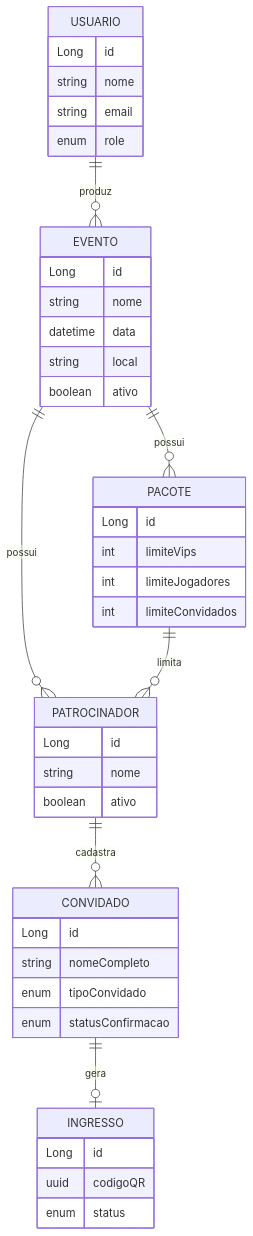
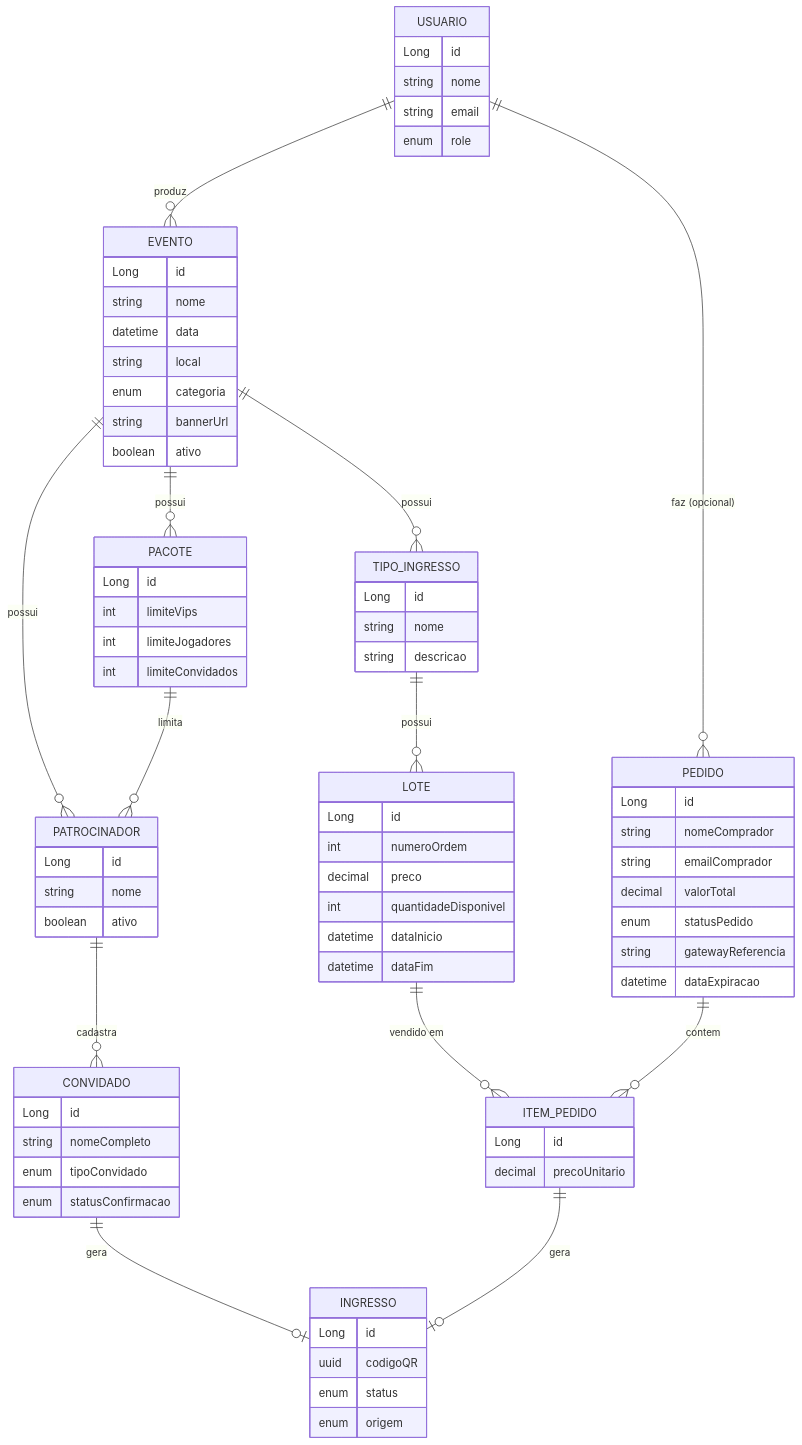
One commit to vtzada/sistema-de-checkin changed the third of 3 diagrams in README.md. Above: the diagram before and after it, drawn with Mermaid. The commit also changed other lines of this file, not shown here.

````diff
--- a/README.md
+++ b/README.md
@@ -49,45 +83,80 @@
 ```mermaid
 erDiagram
     USUARIO ||--o{ EVENTO : "produz"
+    USUARIO ||--o{ PEDIDO : "faz (opcional)"
     EVENTO ||--o{ PATROCINADOR : possui
     EVENTO ||--o{ PACOTE : possui
+    EVENTO ||--o{ TIPO_INGRESSO : possui
     PACOTE ||--o{ PATROCINADOR : "limita"
     PATROCINADOR ||--o{ CONVIDADO : cadastra
     CONVIDADO ||--o| INGRESSO : gera
+    TIPO_INGRESSO ||--o{ LOTE : possui
+    LOTE ||--o{ ITEM_PEDIDO : "vendido em"
+    PEDIDO ||--o{ ITEM_PEDIDO : contem
+    ITEM_PEDIDO ||--o| INGRESSO : gera
 
     USUARIO {
         Long id
         string nome
         string email
         enum role
     }
     EVENTO {
         Long id
         string nome
         datetime data
         string local
+        enum categoria
+        string bannerUrl
         boolean ativo
     }
     PACOTE {
         Long id
         int limiteVips
         int limiteJogadores
         int limiteConvidados
     }
     PATROCINADOR {
         Long id
         string nome
         boolean ativo
     }
     CONVIDADO {
         Long id
         string nomeCompleto
         enum tipoConvidado
         enum statusConfirmacao
     }
+    TIPO_INGRESSO {
+        Long id
+        string nome
+        string descricao
+    }
+    LOTE {
+        Long id
+        int numeroOrdem
+        decimal preco
+        int quantidadeDisponivel
+        datetime dataInicio
+        datetime dataFim
+    }
+    PEDIDO {
+        Long id
+        string nomeComprador
+        string emailComprador
+        decimal valorTotal
+        enum statusPedido
+        string gatewayReferencia
+        datetime dataExpiracao
+    }
+    ITEM_PEDIDO {
+        Long id
+        decimal precoUnitario
+    }
     INGRESSO {
         Long id
         uuid codigoQR
         enum status
+        enum origem
     }
 ```
````
